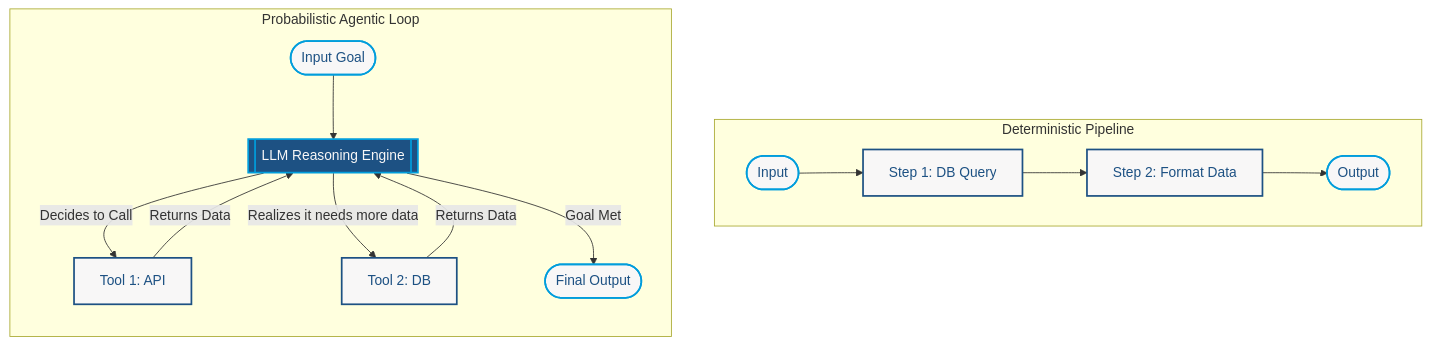
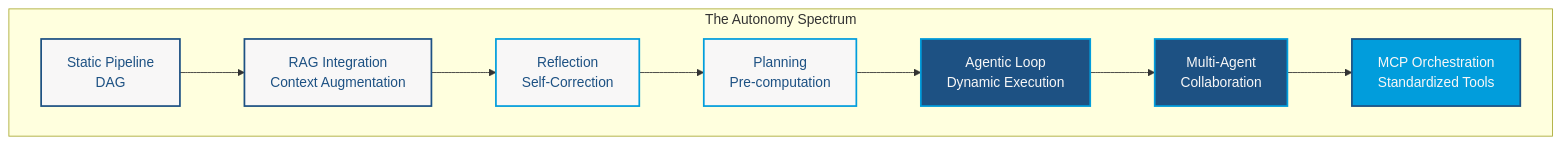
Before and after one commit to bpbpublications/Practical-Software-Architecture-Patterns-with-Java: the diagram in chapter-12/diagrams/diagram-02.md, drawn with Mermaid.

Commit message:
revise diagram-02.md to update the autonomy spectrum visualization and improve clarity

````diff
--- a/chapter-12/diagrams/diagram-02.md
+++ b/chapter-12/diagrams/diagram-02.md
@@ -2,31 +2,20 @@
 ```mermaid
-graph TD
-    subgraph Traditional Pipeline [Deterministic Pipeline]
-        direction LR
-        P_In([Input]) --> P_Step1[Step 1: DB Query]
-        P_Step1 --> P_Step2[Step 2: Format Data]
-        P_Step2 --> P_Out([Output])
-    end
+graph LR
+subgraph The Autonomy Spectrum
+direction LR
+P[Static Pipeline<br/>DAG] --> R[RAG Integration<br/>Context Augmentation]
+R --> Ref[Reflection<br/>Self-Correction]
+Ref --> Plan[Planning<br/>Pre-computation]
+Plan --> AL[Agentic Loop<br/>Dynamic Execution]
+AL --> MAC[Multi-Agent<br/>Collaboration]
+MAC --> MCP[MCP Orchestration<br/>Standardized Tools]
+end
 
-    subgraph Agentic System [Probabilistic Agentic Loop]
-        direction TB
-        A_In([Input Goal]) --> Brain[[LLM Reasoning Engine]]
-        Brain -->|Decides to Call| Tool1[Tool 1: API]
-        Tool1 -->|Returns Data| Brain
-        Brain -->|Realizes it needs more data| Tool2[Tool 2: DB]
-        Tool2 -->|Returns Data| Brain
-        Brain -->|Goal Met| A_Out([Final Output])
-    end
-
-    style P_In fill:#F8F7F7,stroke:#019DDC,stroke-width:2px,color:#1D5183
-    style P_Step1 fill:#F8F7F7,stroke:#1D5183,stroke-width:2px,color:#1D5183
-    style P_Step2 fill:#F8F7F7,stroke:#1D5183,stroke-width:2px,color:#1D5183
-    style P_Out fill:#F8F7F7,stroke:#019DDC,stroke-width:2px,color:#1D5183
-
-    style A_In fill:#F8F7F7,stroke:#019DDC,stroke-width:2px,color:#1D5183
-    style Brain fill:#1D5183,stroke:#019DDC,stroke-width:2px,color:#F8F7F7
-    style Tool1 fill:#F8F7F7,stroke:#1D5183,stroke-width:2px,color:#1D5183
-    style Tool2 fill:#F8F7F7,stroke:#1D5183,stroke-width:2px,color:#1D5183
-    style A_Out fill:#F8F7F7,stroke:#019DDC,stroke-width:2px,color:#1D5183
-
+style P fill:#F8F7F7,stroke:#1D5183,stroke-width:2px,color:#1D5183
+style R fill:#F8F7F7,stroke:#1D5183,stroke-width:2px,color:#1D5183
+style Ref fill:#F8F7F7,stroke:#019DDC,stroke-width:2px,color:#1D5183
+style Plan fill:#F8F7F7,stroke:#019DDC,stroke-width:2px,color:#1D5183
+style AL fill:#1D5183,stroke:#019DDC,stroke-width:2px,color:#F8F7F7
+style MAC fill:#1D5183,stroke:#019DDC,stroke-width:2px,color:#F8F7F7
+style MCP fill:#019DDC,stroke:#1D5183,stroke-width:2px,color:#F8F7F7
 ```
````
